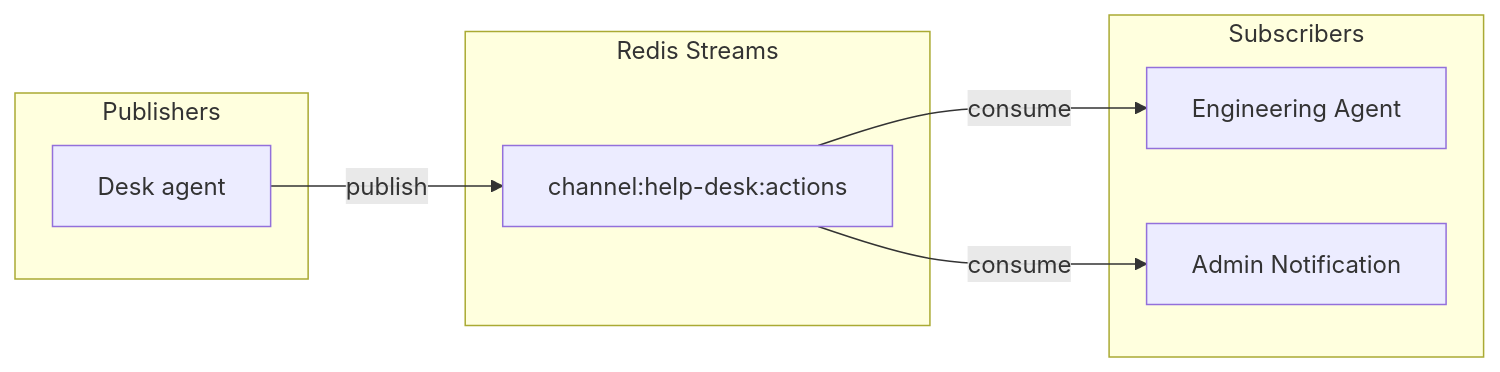
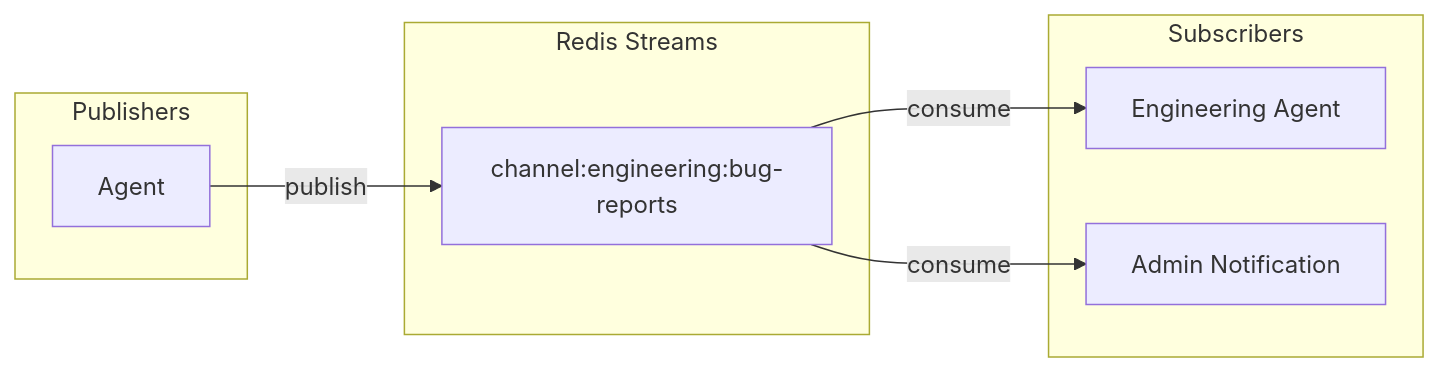
One commit to InstruktAI/TeleClaude changed the seventh of 14 diagrams in docs/local/design/architecture/help-desk-platform.md. Above: the diagram before and after it, drawn with Mermaid. The commit also changed other lines of this file, not shown here.

First line of the commit message:
docs(help-desk): help desks publish nothing to channels; nothing extracts desk memories today [skip ci]

````diff
--- a/docs/local/design/architecture/help-desk-platform.md
+++ b/docs/local/design/architecture/help-desk-platform.md
@@ -574,20 +574,20 @@
 ```mermaid
 flowchart LR
     subgraph Publishers
-        HD[Desk agent]
+        HD[Agent]
     end
 
     subgraph "Redis Streams"
-        CH2["channel:help-desk:actions"]
+        CH2["channel:engineering:bug-reports"]
     end
 
     subgraph Subscribers
         ENG[Engineering Agent]
         ADMIN[Admin Notification]
     end
 
     HD -->|publish| CH2
 
     CH2 -->|consume| ENG
     CH2 -->|consume| ADMIN
 ```
````
